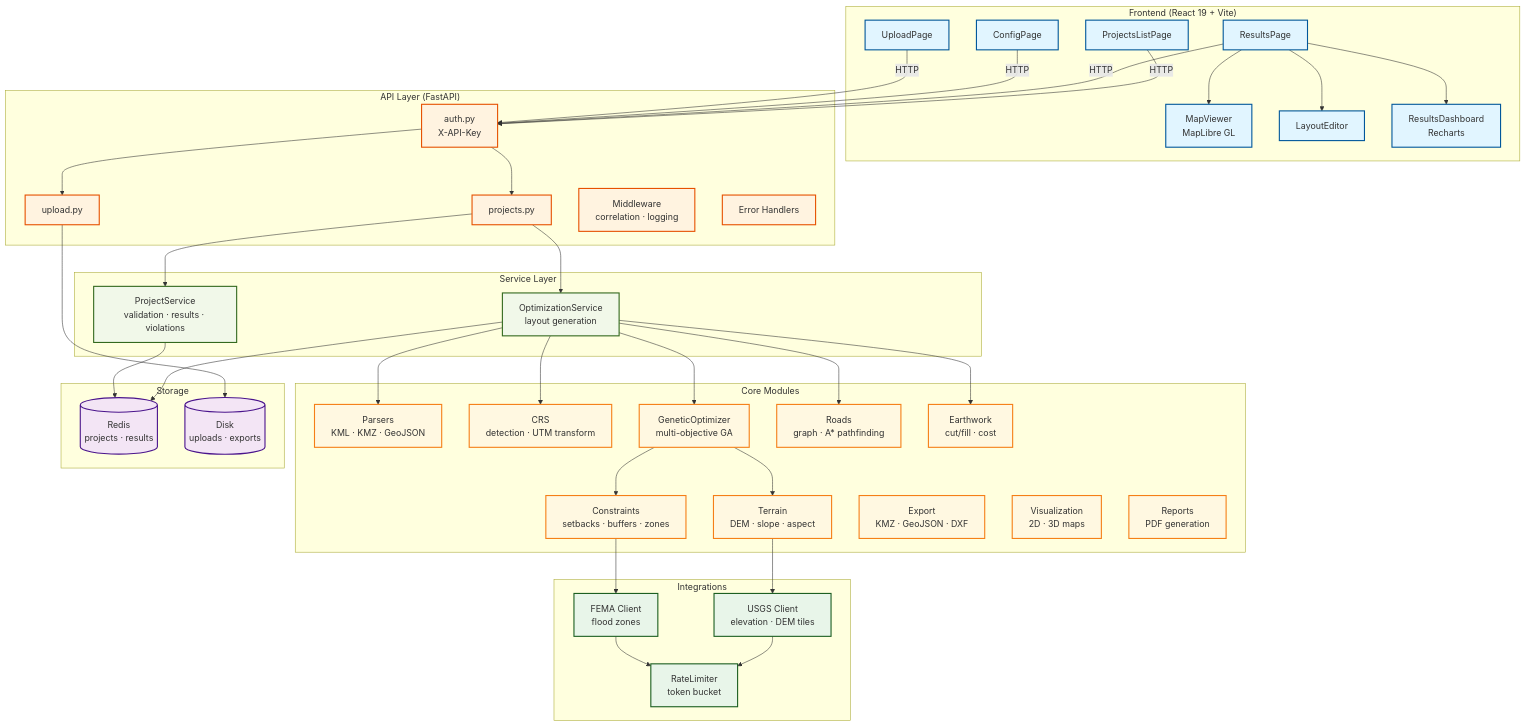
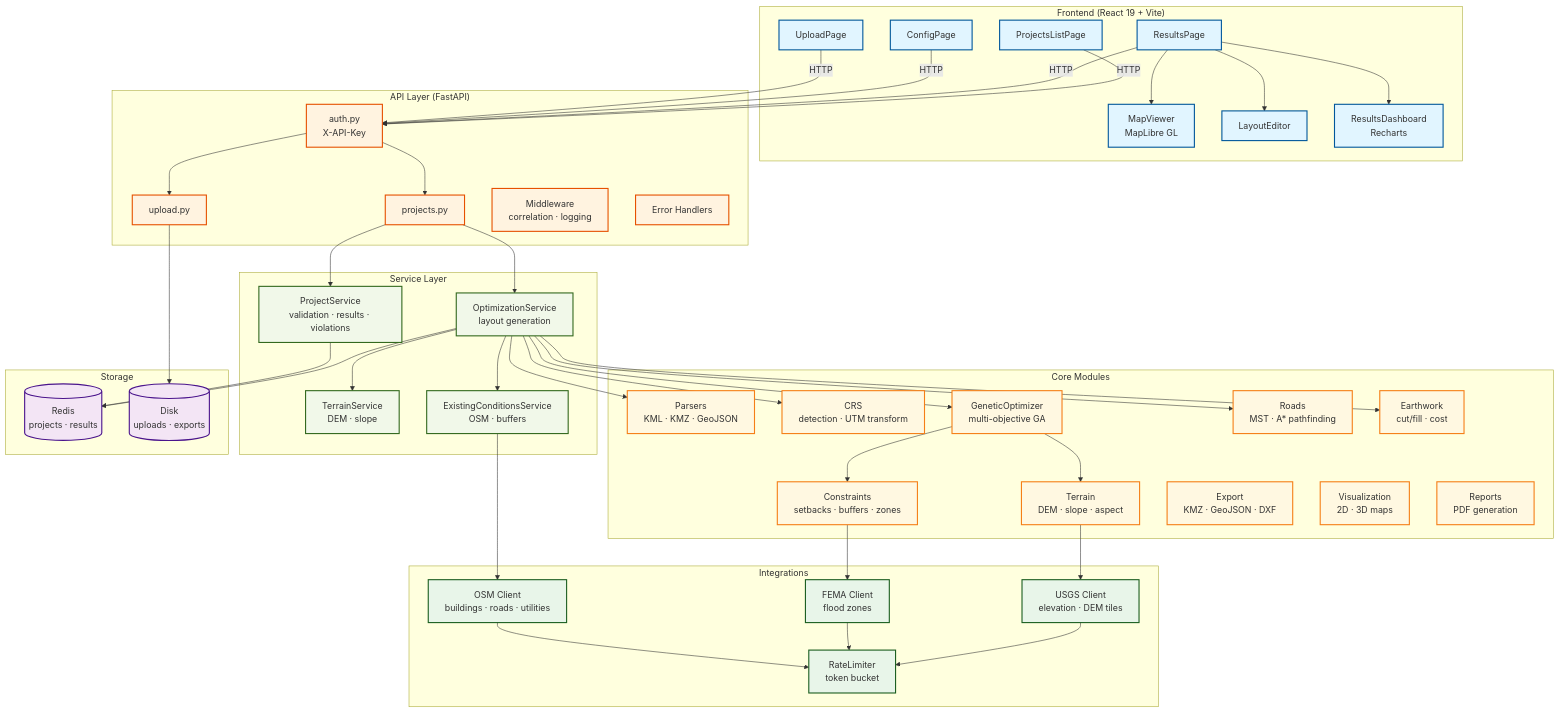
The diagram in architecture.md (Rhoahndur/Entmoot), drawn with Mermaid before and after one commit. The commit also changed other lines of this file, not shown here.

Commit message:
updated architecture doc

````diff
--- a/architecture.md
+++ b/architecture.md
@@ -342,6 +379,8 @@
     subgraph "Service Layer"
         ProjSvc[ProjectService<br/>validation · results · violations]
         OptSvc[OptimizationService<br/>layout generation]
+        TerrSvc[TerrainService<br/>DEM · slope]
+        ExCondSvc[ExistingConditionsService<br/>OSM · buffers]
     end
 
     subgraph "Core Modules"
@@ -350,7 +389,7 @@
         Terrain[Terrain<br/>DEM · slope · aspect]
         Constraints[Constraints<br/>setbacks · buffers · zones]
         GA[GeneticOptimizer<br/>multi-objective GA]
-        Roads[Roads<br/>graph · A* pathfinding]
+        Roads[Roads<br/>MST · A* pathfinding]
         Earthwork[Earthwork<br/>cut/fill · cost]
         ExportMod[Export<br/>KMZ · GeoJSON · DXF]
         Viz[Visualization<br/>2D · 3D maps]
@@ -359,6 +398,7 @@
 
     subgraph "Integrations"
         RateLim[RateLimiter<br/>token bucket]
+        OSM[OSM Client<br/>buildings · roads · utilities]
         FEMA[FEMA Client<br/>flood zones]
         USGS[USGS Client<br/>elevation · DEM tiles]
     end
@@ -387,10 +427,14 @@
     OptSvc --> Earthwork
     OptSvc --> Redis
 
+    OptSvc --> TerrSvc
+    OptSvc --> ExCondSvc
     GA --> Constraints
     GA --> Terrain
+    ExCondSvc --> OSM
     Constraints --> FEMA
     Terrain --> USGS
+    OSM --> RateLim
     FEMA --> RateLim
     USGS --> RateLim
 
@@ -407,8 +451,8 @@
 
     class Upload,Config,Results,Projects,MapView,LayoutEd,Dashboard frontend
     class Auth,UploadAPI,ProjectsAPI,Middleware,ErrorH api
-    class ProjSvc,OptSvc service
+    class ProjSvc,OptSvc,TerrSvc,ExCondSvc service
     class Parsers,CRS,Terrain,Constraints,GA,Roads,Earthwork,ExportMod,Viz,Reports core
-    class RateLim,FEMA,USGS integration
+    class RateLim,OSM,FEMA,USGS integration
     class Redis,Disk storage
 ```
````
